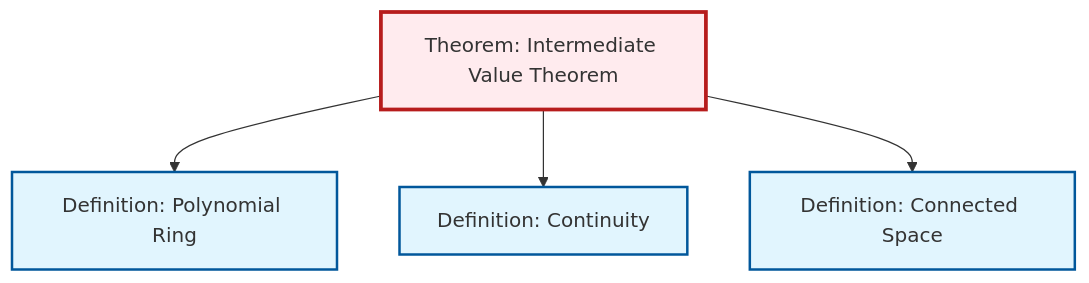
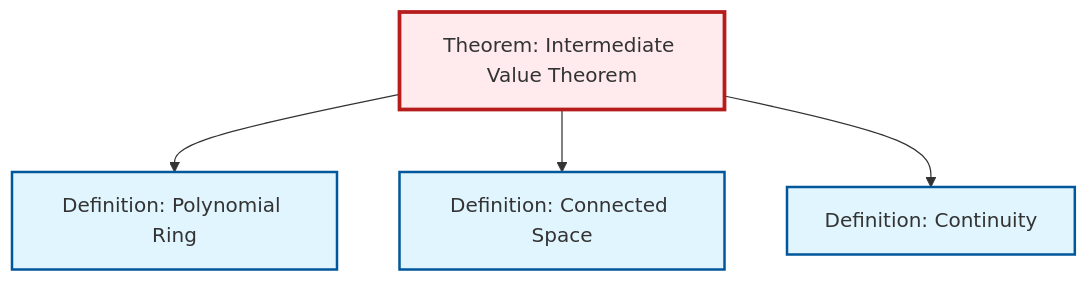
One commit to RK0429/ModernMath changed the diagram in content/en/topology/thm-intermediate-value.qmd. Above: the diagram before and after it, drawn with Mermaid. The commit also changed other lines of this file and 619 other files, not shown here.

````diff
--- a/content/en/topology/thm-intermediate-value.qmd
+++ b/content/en/topology/thm-intermediate-value.qmd
@@ -51,20 +51,20 @@
 ```{mermaid}
 %%| fig-cap: "Local dependency graph"
 graph TD
     classDef definition fill:#e1f5fe,stroke:#01579b,stroke-width:2px
     classDef theorem fill:#f3e5f5,stroke:#4a148c,stroke-width:2px
     classDef axiom fill:#fff3e0,stroke:#e65100,stroke-width:2px
     classDef example fill:#e8f5e9,stroke:#1b5e20,stroke-width:2px
     classDef current fill:#ffebee,stroke:#b71c1c,stroke-width:3px
+    thm-intermediate-value["Theorem: Intermediate Value Theorem"]:::theorem
+    def-continuity["Definition: Continuity"]:::definition
     def-connected["Definition: Connected Space"]:::definition
     def-polynomial-ring["Definition: Polynomial Ring"]:::definition
-    thm-intermediate-value["Theorem: Intermediate Value Theorem"]:::theorem
-    def-continuity["Definition: Continuity"]:::definition
     thm-intermediate-value --> def-polynomial-ring
+    thm-intermediate-value --> def-connected
     thm-intermediate-value --> def-continuity
-    thm-intermediate-value --> def-connected
     class thm-intermediate-value current
+    click def-continuity "def-continuity.html" "Go to Continuity definition"
     click def-connected "def-connected.html" "Go to Connected Space definition"
     click def-polynomial-ring "def-polynomial-ring.html" "Go to Polynomial Ring definition"
-    click def-continuity "def-continuity.html" "Go to Continuity definition"
 ```
````
